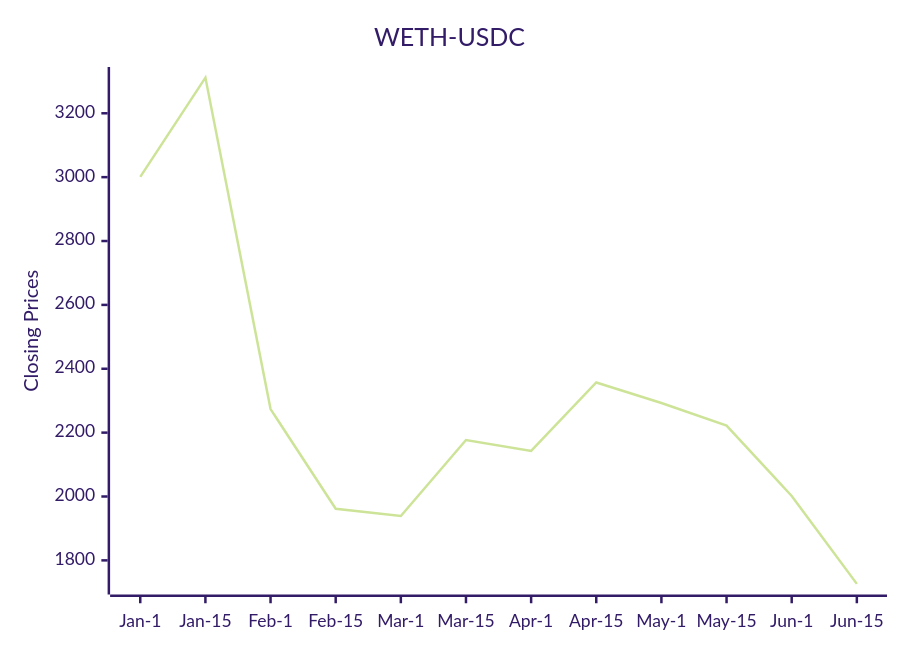
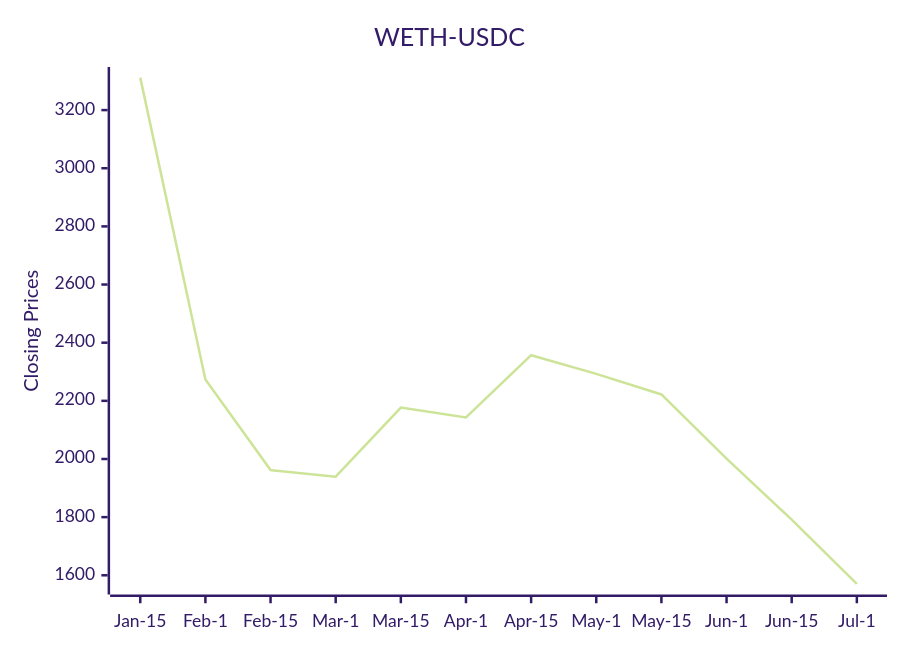
Before and after one commit to bicced/ReadmeCryptoPriceChart: the diagram in README.md, drawn with Mermaid (forest theme).

Commit message:
Update README with latest DEX data

````diff
--- a/README.md
+++ b/README.md
@@ -6,7 +6,7 @@
 ```mermaid
 xychart-beta
   title "WETH-USDC"
-  x-axis [Jan-1,Jan-15,Feb-1,Feb-15,Mar-1,Mar-15,Apr-1,Apr-15,May-1,May-15,Jun-1,Jun-15]
-  y-axis "Closing Prices" 1726.3848554627 --> 3311.65440575894
-  line [3000.67820680034,3311.65440575894,2273.66104115322,1961.76630440433,1939.10322356354,2176.74756246377,2142.76888865301,2356.96568036046,2292.65162475032,2221.95469456272,2001.52516545443,1726.3848554627]
+  x-axis [Jan-15,Feb-1,Feb-15,Mar-1,Mar-15,Apr-1,Apr-15,May-1,May-15,Jun-1,Jun-15,Jul-1]
+  y-axis "Closing Prices" 1570.45081794247 --> 3311.65440575894
+  line [3311.65440575894,2273.66104115322,1961.76630440433,1939.10322356354,2176.74756246377,2142.76888865301,2356.96568036046,2292.65162475032,2221.95469456272,2001.52516545443,1791.29479125771,1570.45081794247]
 ```
````
